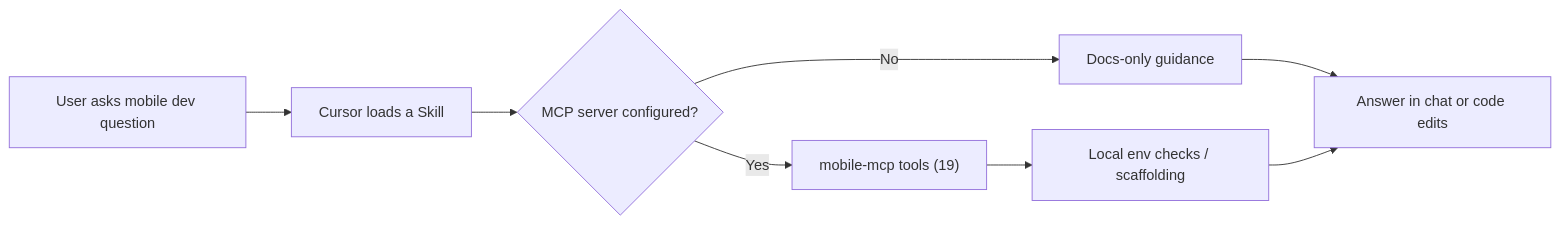
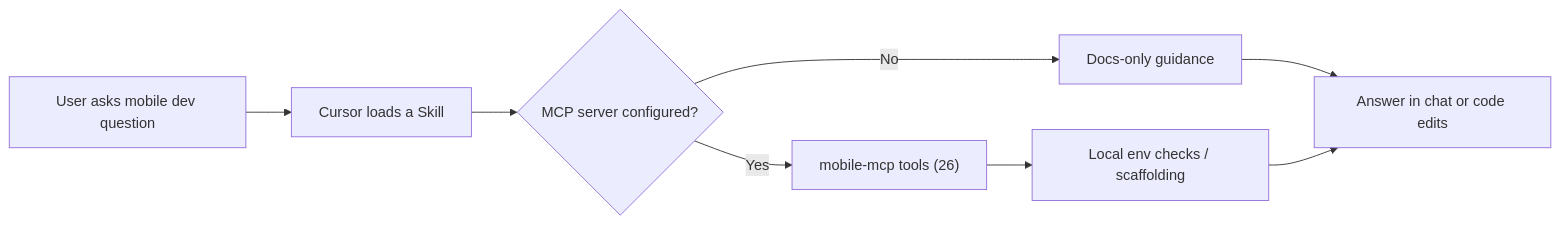
The diagram in README.md (TMHSDigital/Mobile-App-Developer-Tools), drawn with Mermaid before and after one commit. The commit also changed other lines of this file and 25 other files, not shown here.

First line of the commit message:
v0.9.0: Rich Features - 32 skills, 9 rules, 26 MCP tools

````diff
--- a/README.md
+++ b/README.md
@@ -60,10 +60,10 @@
 ```mermaid
 flowchart LR
     A[User asks mobile dev question] --> B[Cursor loads a Skill]
     B --> C{MCP server configured?}
-    C -->|Yes| D["mobile-mcp tools (19)"]
+    C -->|Yes| D["mobile-mcp tools (26)"]
     C -->|No| E[Docs-only guidance]
     D --> F[Local env checks / scaffolding]
     E --> G[Answer in chat or code edits]
     F --> G
 ```
````
